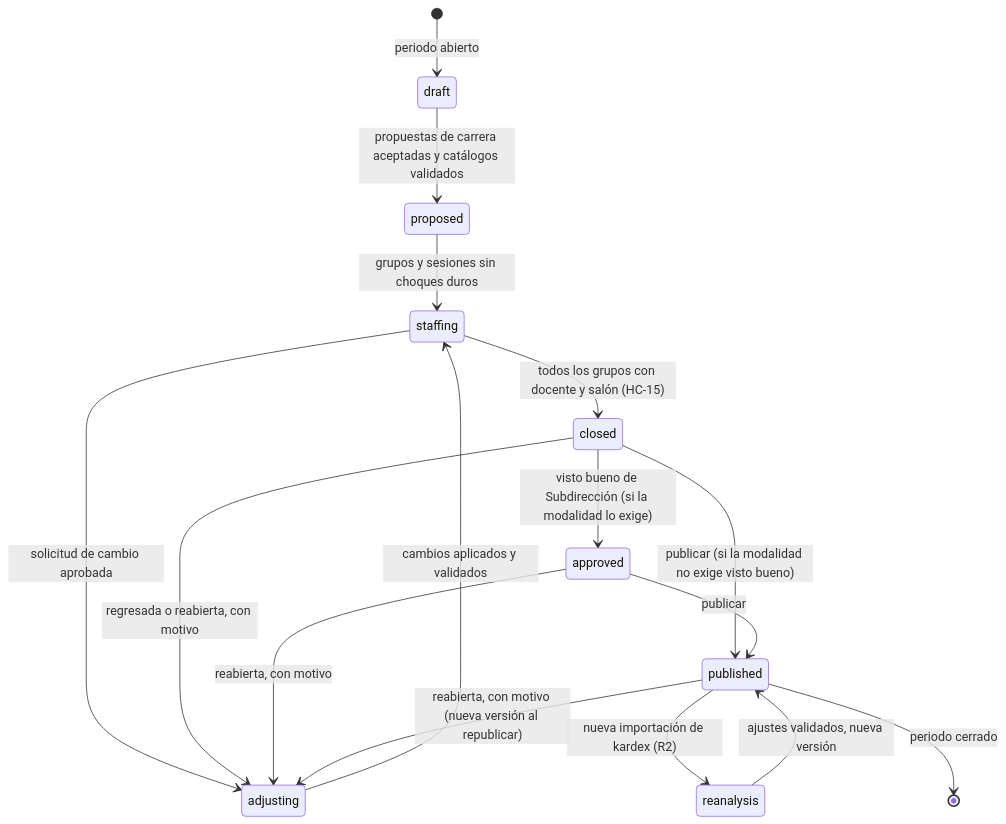
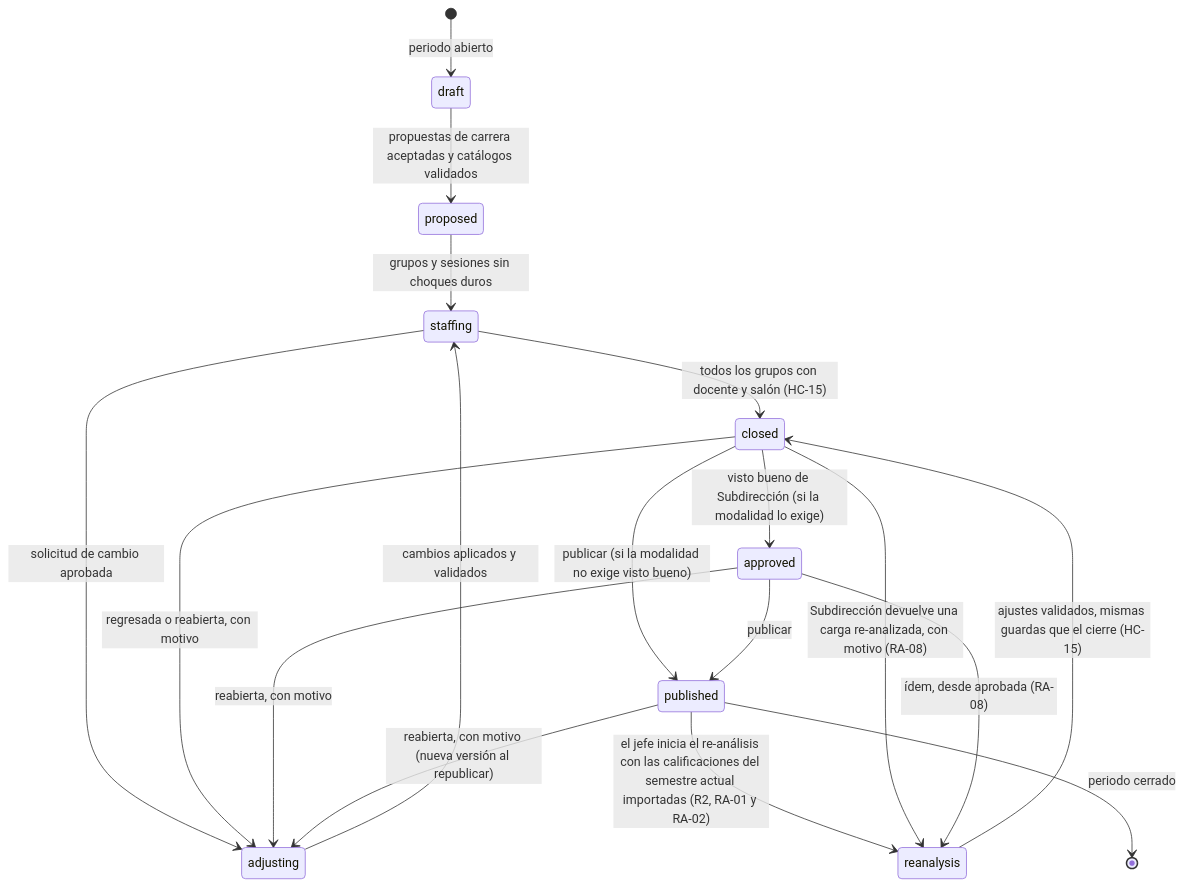
One commit to Erne1357/nexus changed the second of 4 diagrams in docs/proceso/proceso-propuesto.md. Above: the diagram before and after it, drawn with Mermaid. The commit also changed other lines of this file and 30 other files, not shown here.

First line of the commit message:
feat(academic-load): reanalysis flow with its guard, notice and teacher assignment (8.1)

````diff
--- a/docs/proceso/proceso-propuesto.md
+++ b/docs/proceso/proceso-propuesto.md
@@ -104,18 +104,20 @@
 ```mermaid
 stateDiagram-v2
     [*] --> draft : periodo abierto
     draft --> proposed : propuestas de carrera aceptadas y catálogos validados
     proposed --> staffing : grupos y sesiones sin choques duros
     staffing --> adjusting : solicitud de cambio aprobada
     adjusting --> staffing : cambios aplicados y validados
     staffing --> closed : todos los grupos con docente y salón (HC-15)
     closed --> approved : visto bueno de Subdirección (si la modalidad lo exige)
     closed --> published : publicar (si la modalidad no exige visto bueno)
     closed --> adjusting : regresada o reabierta, con motivo
     approved --> published : publicar
     approved --> adjusting : reabierta, con motivo
     published --> adjusting : reabierta, con motivo (nueva versión al republicar)
-    published --> reanalysis : nueva importación de kardex (R2)
-    reanalysis --> published : ajustes validados, nueva versión
+    published --> reanalysis : el jefe inicia el re-análisis con las calificaciones del semestre actual importadas (R2, RA-01 y RA-02)
+    reanalysis --> closed : ajustes validados, mismas guardas que el cierre (HC-15)
+    closed --> reanalysis : Subdirección devuelve una carga re-analizada, con motivo (RA-08)
+    approved --> reanalysis : ídem, desde aprobada (RA-08)
     published --> [*] : periodo cerrado
 ```
````
